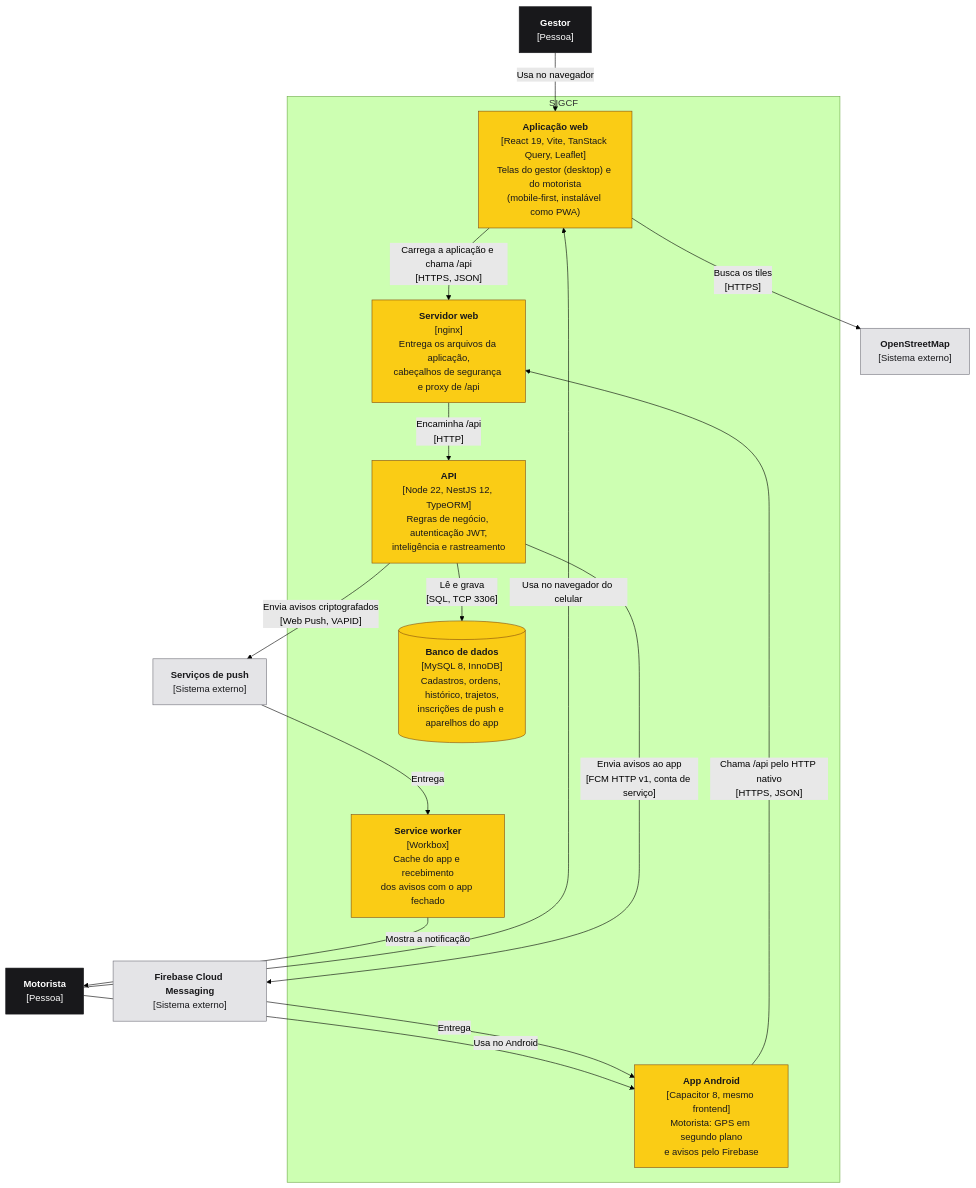
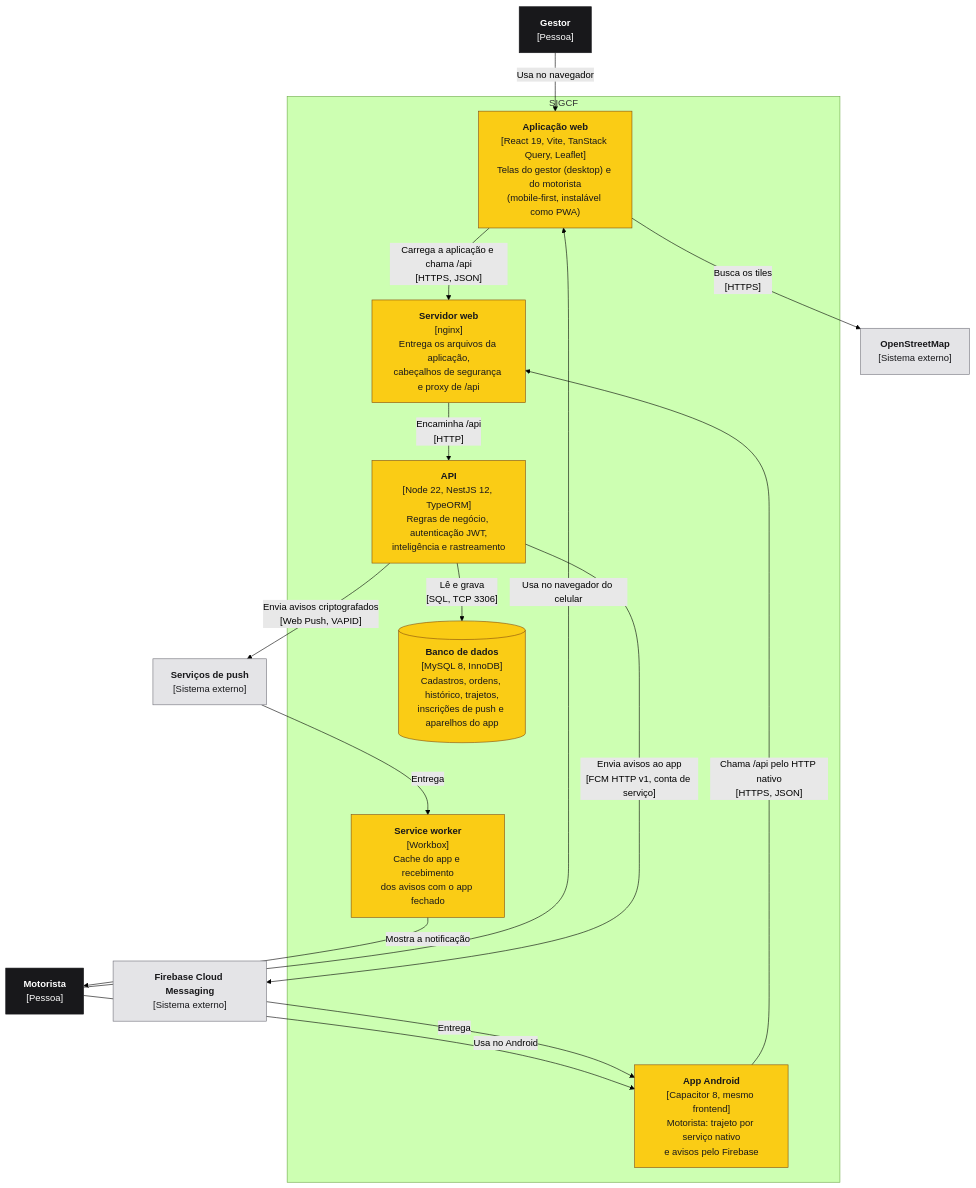
The second of 4 diagrams in docs/arquitetura.md (guifreiberger/sigcf), drawn with Mermaid (forest theme) before and after one commit. The commit also changed 3 other files, not shown here.

Commit message:
docs: atualiza o rastreamento, a arquitetura, as licenças e a validação para o serviço nativo

````diff
--- a/docs/arquitetura.md
+++ b/docs/arquitetura.md
@@ -38,36 +38,36 @@
 ```mermaid
 flowchart TB
     classDef pessoa fill:#18181b,stroke:#18181b,color:#ffffff
     classDef container fill:#facc15,stroke:#854d0e,color:#18181b
     classDef externo fill:#e4e4e7,stroke:#71717a,color:#18181b
 
     gestor["<b>Gestor</b><br/>[Pessoa]"]:::pessoa
     motorista["<b>Motorista</b><br/>[Pessoa]"]:::pessoa
 
     subgraph sigcf["SIGCF"]
         spa["<b>Aplicação web</b><br/>[React 19, Vite, TanStack Query, Leaflet]<br/>Telas do gestor (desktop) e do motorista<br/>(mobile-first, instalável como PWA)"]:::container
         sw["<b>Service worker</b><br/>[Workbox]<br/>Cache do app e recebimento<br/>dos avisos com o app fechado"]:::container
         nginx["<b>Servidor web</b><br/>[nginx]<br/>Entrega os arquivos da aplicação,<br/>cabeçalhos de segurança e proxy de /api"]:::container
         api["<b>API</b><br/>[Node 22, NestJS 12, TypeORM]<br/>Regras de negócio, autenticação JWT,<br/>inteligência e rastreamento"]:::container
         db[("<b>Banco de dados</b><br/>[MySQL 8, InnoDB]<br/>Cadastros, ordens, histórico, trajetos,<br/>inscrições de push e aparelhos do app")]:::container
-        app["<b>App Android</b><br/>[Capacitor 8, mesmo frontend]<br/>Motorista: GPS em segundo plano<br/>e avisos pelo Firebase"]:::container
+        app["<b>App Android</b><br/>[Capacitor 8, mesmo frontend]<br/>Motorista: trajeto por serviço nativo<br/>e avisos pelo Firebase"]:::container
     end
 
     push["<b>Serviços de push</b><br/>[Sistema externo]"]:::externo
     fcm["<b>Firebase Cloud Messaging</b><br/>[Sistema externo]"]:::externo
     osm["<b>OpenStreetMap</b><br/>[Sistema externo]"]:::externo
 
     gestor -- "Usa no navegador" --> spa
     motorista -- "Usa no navegador do celular" --> spa
     motorista -- "Usa no Android" --> app
     app -- "Chama /api pelo HTTP nativo<br/>[HTTPS, JSON]" --> nginx
     spa -- "Carrega a aplicação e chama /api<br/>[HTTPS, JSON]" --> nginx
     nginx -- "Encaminha /api<br/>[HTTP]" --> api
     api -- "Lê e grava<br/>[SQL, TCP 3306]" --> db
     api -- "Envia avisos criptografados<br/>[Web Push, VAPID]" --> push
     push -- "Entrega" --> sw
     sw -- "Mostra a notificação" --> motorista
     api -- "Envia avisos ao app<br/>[FCM HTTP v1, conta de serviço]" --> fcm
     fcm -- "Entrega" --> app
     spa -- "Busca os tiles<br/>[HTTPS]" --> osm
 ```
````
